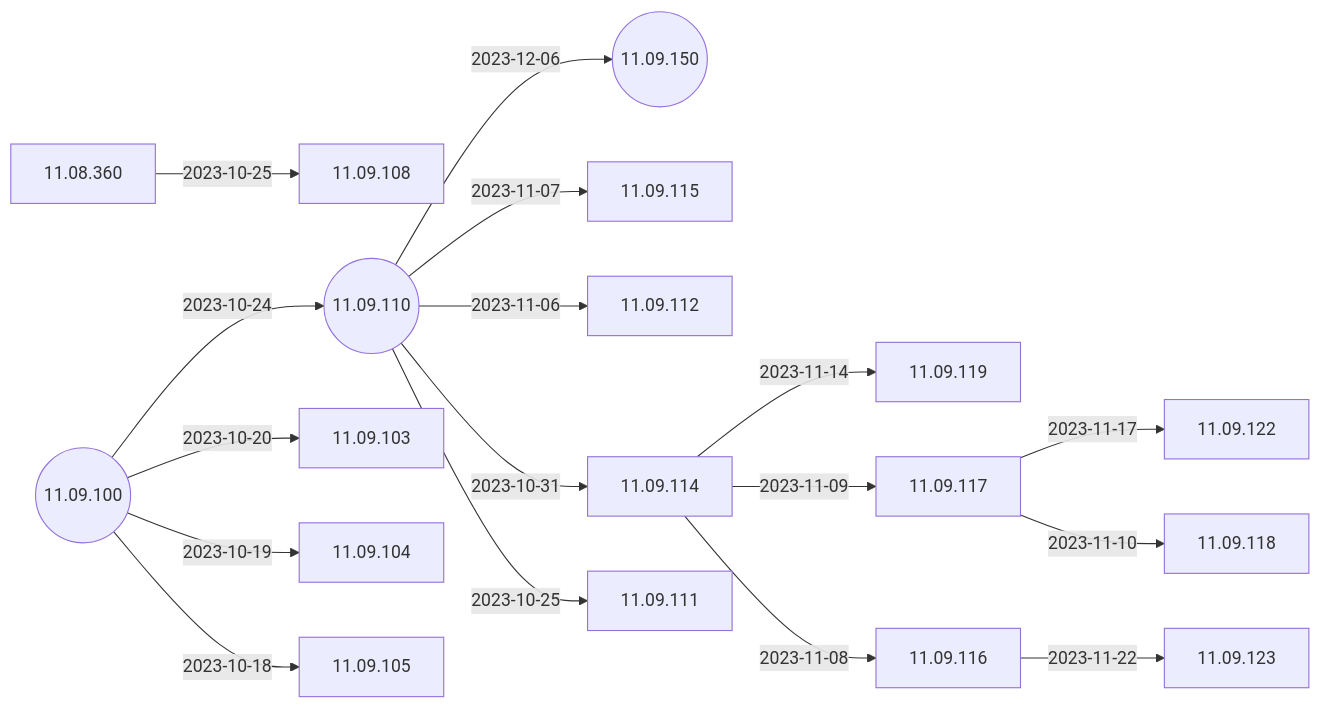
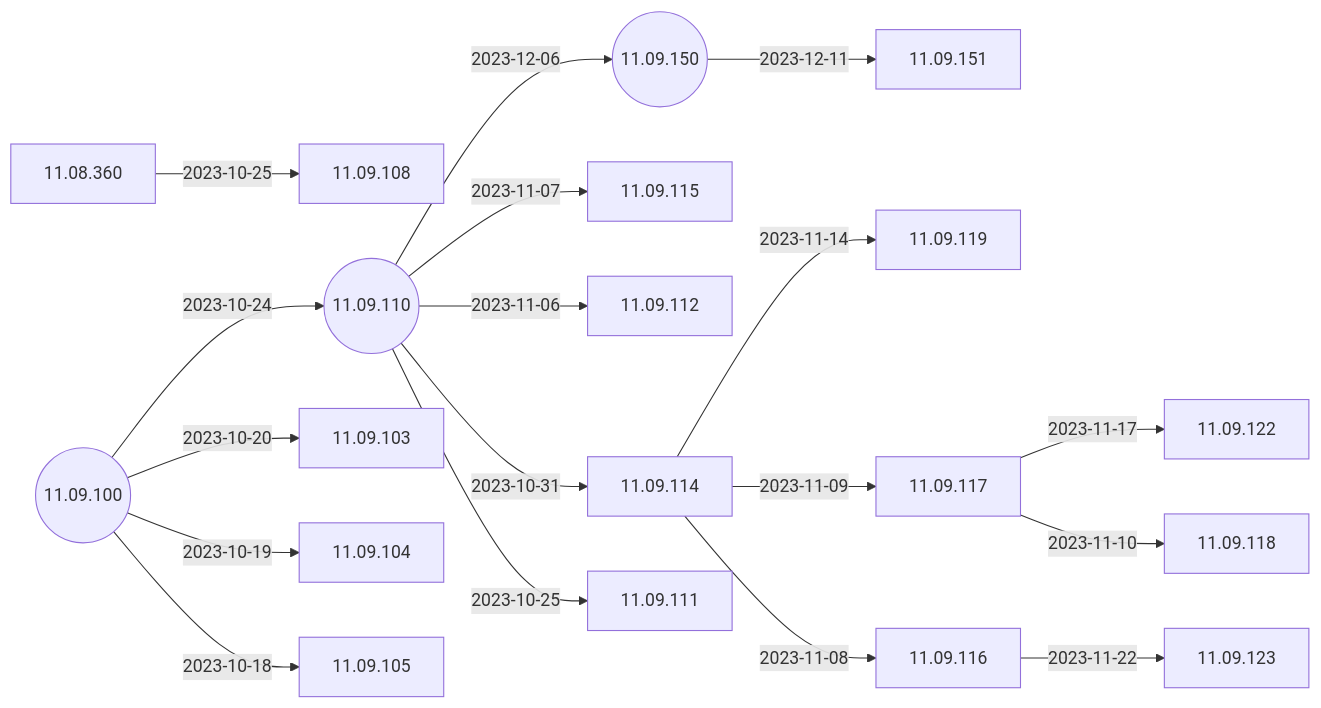
The second of 5 diagrams in docs/Docs/ReleaseNotes/01-OS11/README.md (IGEL-Community/IGEL-Docs-v02), drawn with Mermaid before and after one commit. The commit also changed 2 other files, not shown here.

Commit message:
11.09.151 < 11.09.150

````diff
--- a/docs/Docs/ReleaseNotes/01-OS11/README.md
+++ b/docs/Docs/ReleaseNotes/01-OS11/README.md
@@ -41,37 +41,39 @@
 ```mermaid
 flowchart LR
+    11.09.150-- 2023-12-11 -->11.09.151
     11.09.110-- 2023-12-06 -->11.09.150((11.09.150))
     11.09.116-- 2023-11-22 -->11.09.123
     11.09.117-- 2023-11-17 -->11.09.122
     11.09.114-- 2023-11-14 -->11.09.119
     11.09.117-- 2023-11-10 -->11.09.118
     11.09.114-- 2023-11-09 -->11.09.117
     11.09.114-- 2023-11-08 -->11.09.116
     11.09.110-- 2023-11-07 -->11.09.115
     11.09.110-- 2023-11-06 -->11.09.112
     11.09.110-- 2023-10-31 -->11.09.114
     11.08.360-- 2023-10-25 -->11.09.108
     11.09.110-- 2023-10-25 -->11.09.111
     11.09.100-- 2023-10-24 -->11.09.110((11.09.110))
     11.09.100-- 2023-10-20 -->11.09.103
     11.09.100-- 2023-10-19 -->11.09.104
     11.09.100-- 2023-10-18 -->11.09.105
     11.09.100((11.09.100))
+    click 11.09.151 "https://github.com/IGEL-Community/IGEL-Docs-v02/tree/main/docs/Docs/ReleaseNotes/01-OS11/readme11.09.151.txt" _blank
     click 11.09.150 "https://github.com/IGEL-Community/IGEL-Docs-v02/tree/main/docs/Docs/ReleaseNotes/01-OS11/readme11.09.150.txt" _blank
     click 11.09.123 "https://github.com/IGEL-Community/IGEL-Docs-v02/tree/main/docs/Docs/ReleaseNotes/01-OS11/readme11.09.123.txt" _blank
     click 11.09.122 "https://github.com/IGEL-Community/IGEL-Docs-v02/tree/main/docs/Docs/ReleaseNotes/01-OS11/readme11.09.122.txt" _blank
     click 11.09.119 "https://github.com/IGEL-Community/IGEL-Docs-v02/tree/main/docs/Docs/ReleaseNotes/01-OS11/readme11.09.119.txt" _blank
     click 11.09.118 "https://github.com/IGEL-Community/IGEL-Docs-v02/tree/main/docs/Docs/ReleaseNotes/01-OS11/readme11.09.118.txt" _blank
     click 11.09.117 "https://github.com/IGEL-Community/IGEL-Docs-v02/tree/main/docs/Docs/ReleaseNotes/01-OS11/readme11.09.117.txt" _blank
     click 11.09.116 "https://github.com/IGEL-Community/IGEL-Docs-v02/tree/main/docs/Docs/ReleaseNotes/01-OS11/readme11.09.116.txt" _blank
     click 11.09.115 "https://github.com/IGEL-Community/IGEL-Docs-v02/tree/main/docs/Docs/ReleaseNotes/01-OS11/readme11.09.115.txt" _blank
     click 11.09.112 "https://github.com/IGEL-Community/IGEL-Docs-v02/tree/main/docs/Docs/ReleaseNotes/01-OS11/readme11.09.112.txt" _blank
     click 11.09.114 "https://github.com/IGEL-Community/IGEL-Docs-v02/tree/main/docs/Docs/ReleaseNotes/01-OS11/readme11.09.114.txt" _blank
     click 11.09.108 "https://github.com/IGEL-Community/IGEL-Docs-v02/tree/main/docs/Docs/ReleaseNotes/01-OS11/readme11.09.108.txt" _blank
     click 11.09.111 "https://github.com/IGEL-Community/IGEL-Docs-v02/tree/main/docs/Docs/ReleaseNotes/01-OS11/readme11.09.111.txt" _blank
     click 11.09.110 "https://github.com/IGEL-Community/IGEL-Docs-v02/tree/main/docs/Docs/ReleaseNotes/01-OS11/readme11.09.110.txt" _blank
     click 11.09.103 "https://github.com/IGEL-Community/IGEL-Docs-v02/tree/main/docs/Docs/ReleaseNotes/01-OS11/readme11.09.103.txt" _blank
     click 11.09.104 "https://github.com/IGEL-Community/IGEL-Docs-v02/tree/main/docs/Docs/ReleaseNotes/01-OS11/readme11.09.104.txt" _blank
     click 11.09.105 "https://github.com/IGEL-Community/IGEL-Docs-v02/tree/main/docs/Docs/ReleaseNotes/01-OS11/readme11.09.105.txt" _blank
     click 11.09.100 "https://github.com/IGEL-Community/IGEL-Docs-v02/tree/main/docs/Docs/ReleaseNotes/01-OS11/readme11.09.100.txt" _blank
 ```
````
